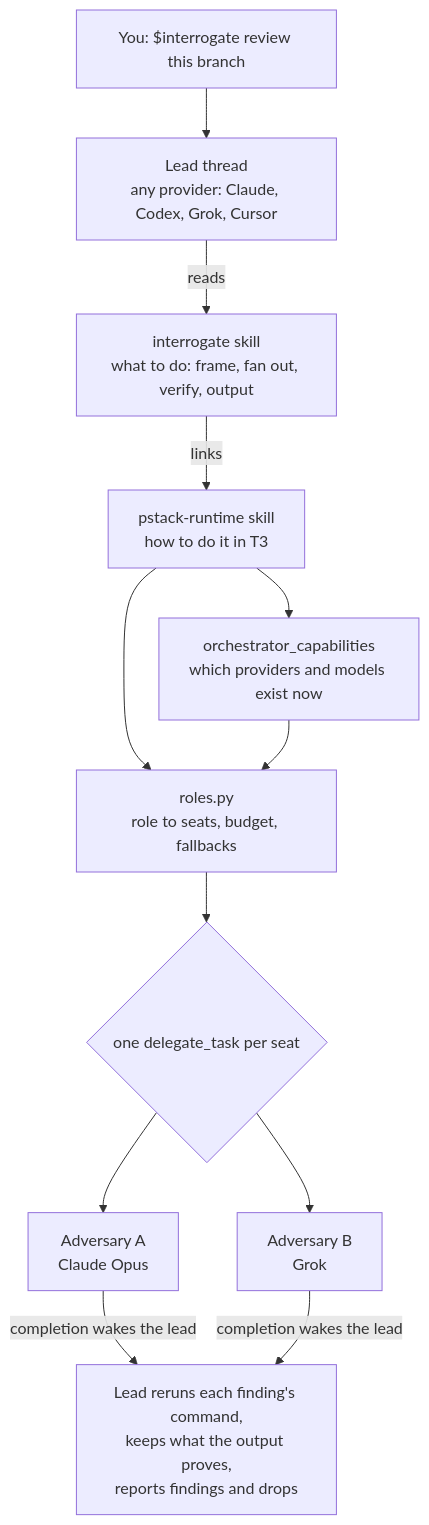
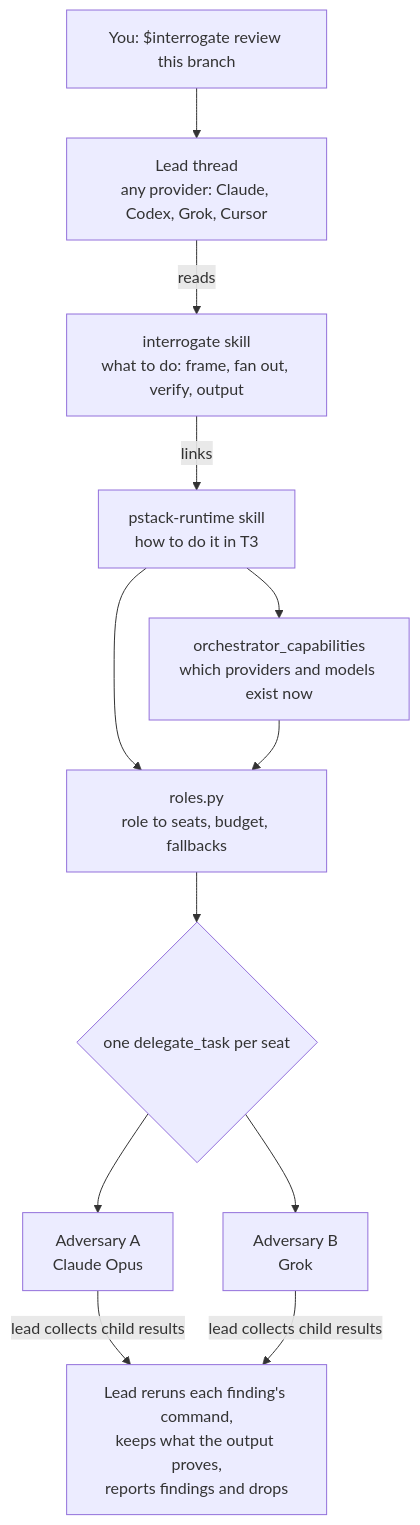
One commit to creedants/pstack-t3 changed the first of 2 diagrams in docs/how-it-works.md. Above: the diagram before and after it, drawn with Mermaid.

Commit message:
D53: apply the review's edits
Applies the review's edits from reports/D53-review-1.md at 49c4c95bba3f5d6bb372c2e5181e1d3e49f7a554.

````diff
--- a/docs/how-it-works.md
+++ b/docs/how-it-works.md
@@ -5,13 +5,13 @@
 ```mermaid
 flowchart TD
     you["You: $interrogate review this branch"] --> lead["Lead thread<br/>any provider: Claude, Codex, Grok, Cursor"]
     lead -->|reads| skill["interrogate skill<br/>what to do: frame, fan out, verify, output"]
     skill -->|links| runtime["pstack-runtime skill<br/>how to do it in T3"]
     runtime --> caps["orchestrator_capabilities<br/>which providers and models exist now"]
     runtime --> roles["roles.py<br/>role to seats, budget, fallbacks"]
     caps --> roles
     roles --> fan{"one delegate_task per seat"}
     fan --> a["Adversary A<br/>Claude Opus"]
     fan --> b["Adversary B<br/>Grok"]
-    a & b -->|completion wakes the lead| synth["Lead reruns each finding's command,<br/>keeps what the output proves,<br/>reports findings and drops"]
+    a & b -->|lead collects child results| synth["Lead reruns each finding's command,<br/>keeps what the output proves,<br/>reports findings and drops"]
 ```
````
